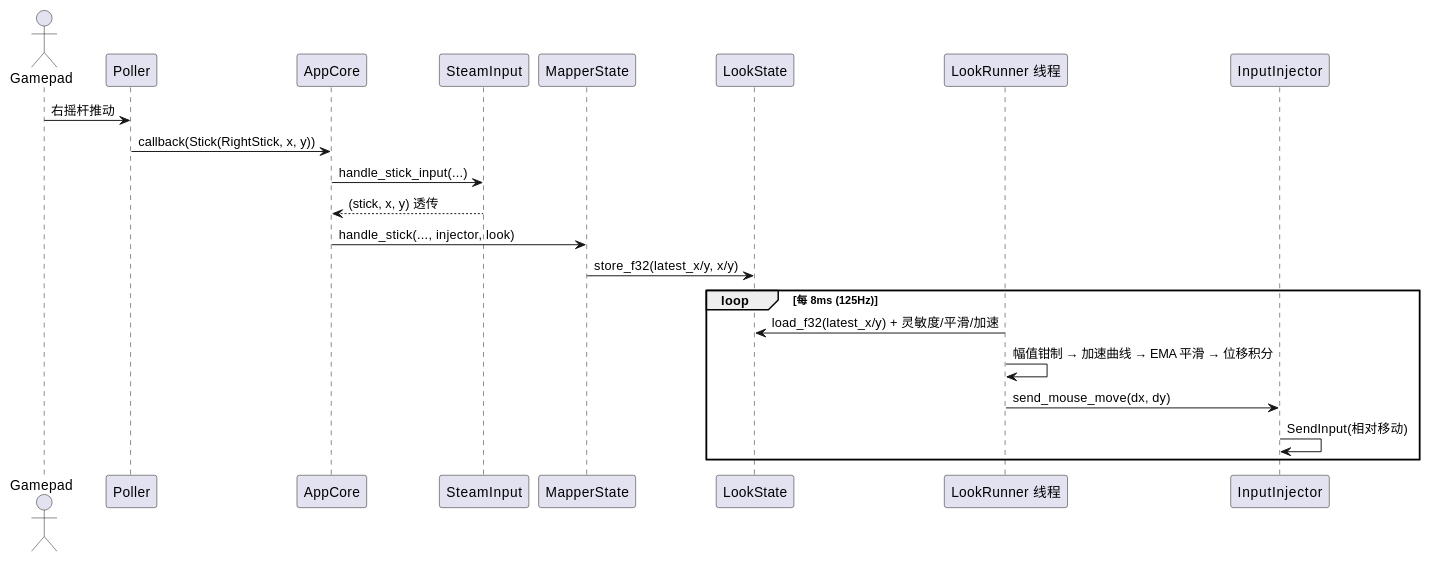
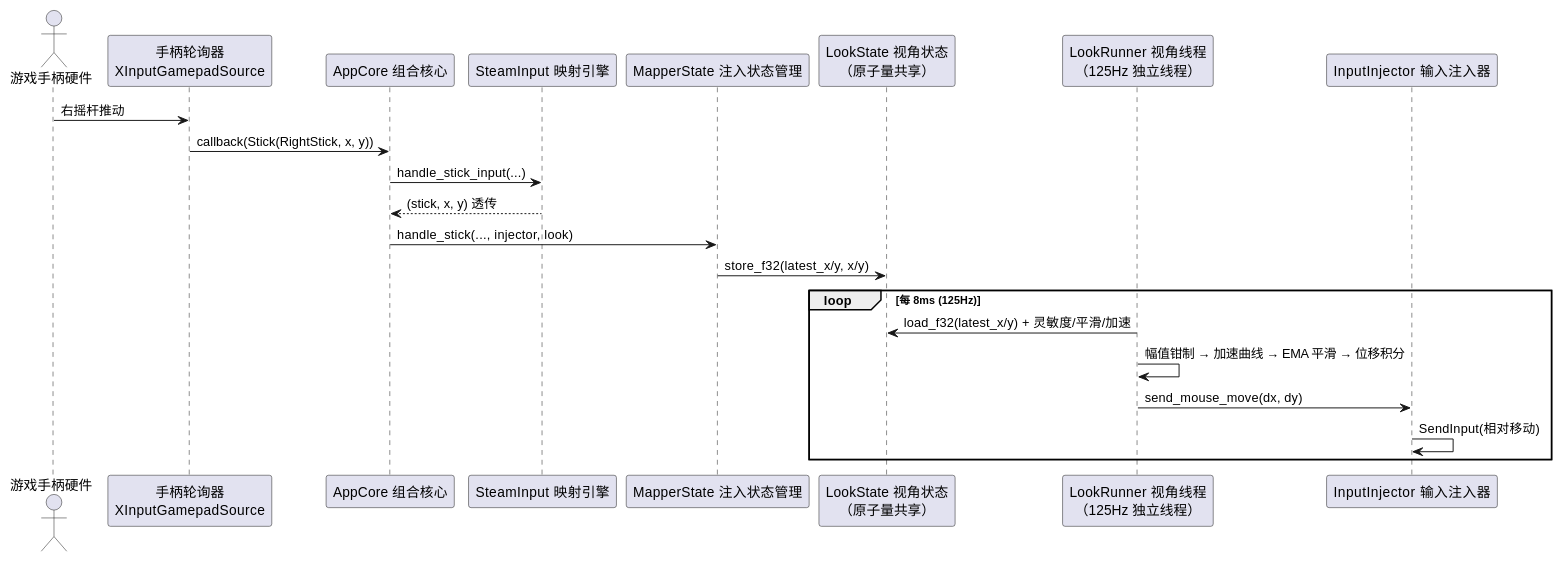
The eighth of 12 diagrams in GamepadControlerRustTauri/Tauri.md (fwar34/GamepadControlerQt), drawn with PlantUML before and after one commit. The commit also changed other lines of this file, not shown here.

First line of the commit message:
docs: 更新Tauri架构文档中的UML图

````diff
--- a/GamepadControlerRustTauri/Tauri.md
+++ b/GamepadControlerRustTauri/Tauri.md
@@ -410,25 +410,25 @@
 ```plantuml
 @startuml
-actor Gamepad as G
-participant Poller as POLL
-participant AppCore as CORE
-participant SteamInput as SI
-participant MapperState as MS
-participant LookState as LS
-participant "LookRunner 线程" as LR
-participant InputInjector as INJ
+actor "游戏手柄硬件" as GamepadHW
+participant "手柄轮询器\nXInputGamepadSource" as GamepadPoller
+participant "AppCore 组合核心" as AppCore
+participant "SteamInput 映射引擎" as SteamInput
+participant "MapperState 注入状态管理" as MapperState
+participant "LookState 视角状态\n（原子量共享）" as LookState
+participant "LookRunner 视角线程\n（125Hz 独立线程）" as LookRunnerThread
+participant "InputInjector 输入注入器" as InputInjector
 
-G -> POLL : 右摇杆推动
-POLL -> CORE : callback(Stick(RightStick, x, y))
-CORE -> SI : handle_stick_input(...)
-SI --> CORE : (stick, x, y) 透传
-CORE -> MS : handle_stick(..., injector, look)
-MS -> LS : store_f32(latest_x/y, x/y)
+GamepadHW -> GamepadPoller : 右摇杆推动
+GamepadPoller -> AppCore : callback(Stick(RightStick, x, y))
+AppCore -> SteamInput : handle_stick_input(...)
+SteamInput --> AppCore : (stick, x, y) 透传
+AppCore -> MapperState : handle_stick(..., injector, look)
+MapperState -> LookState : store_f32(latest_x/y, x/y)
 loop 每 8ms (125Hz)
-  LR -> LS : load_f32(latest_x/y) + 灵敏度/平滑/加速
-  LR -> LR : 幅值钳制 → 加速曲线 → EMA 平滑 → 位移积分
-  LR -> INJ : send_mouse_move(dx, dy)
-  INJ -> INJ : SendInput(相对移动)
+  LookRunnerThread -> LookState : load_f32(latest_x/y) + 灵敏度/平滑/加速
+  LookRunnerThread -> LookRunnerThread : 幅值钳制 → 加速曲线 → EMA 平滑 → 位移积分
+  LookRunnerThread -> InputInjector : send_mouse_move(dx, dy)
+  InputInjector -> InputInjector : SendInput(相对移动)
 end
 @enduml
 ```
````
